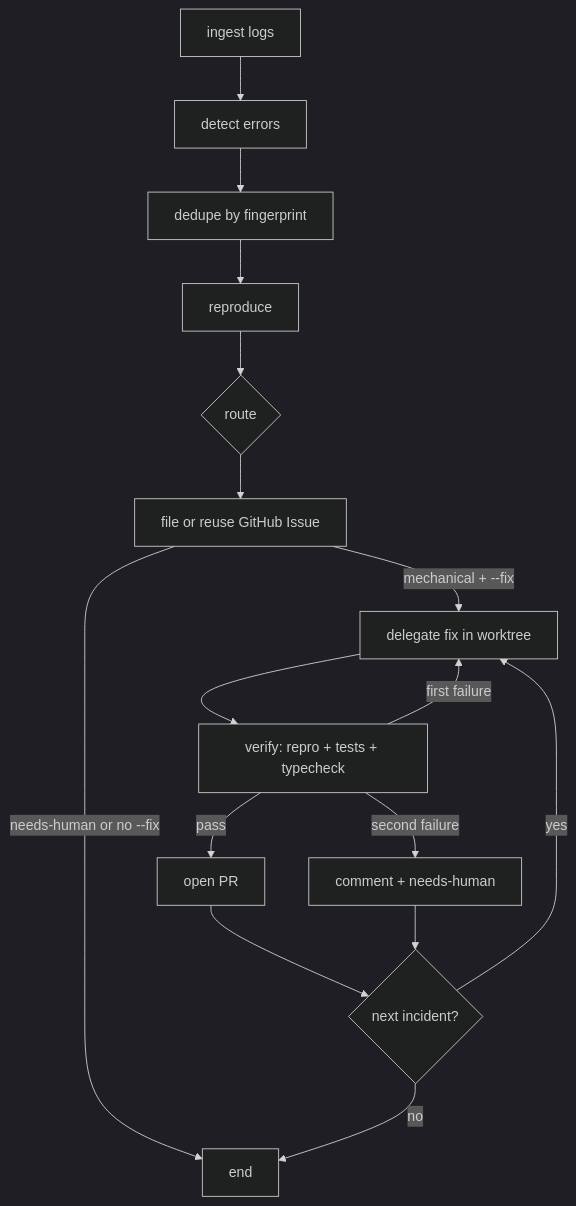
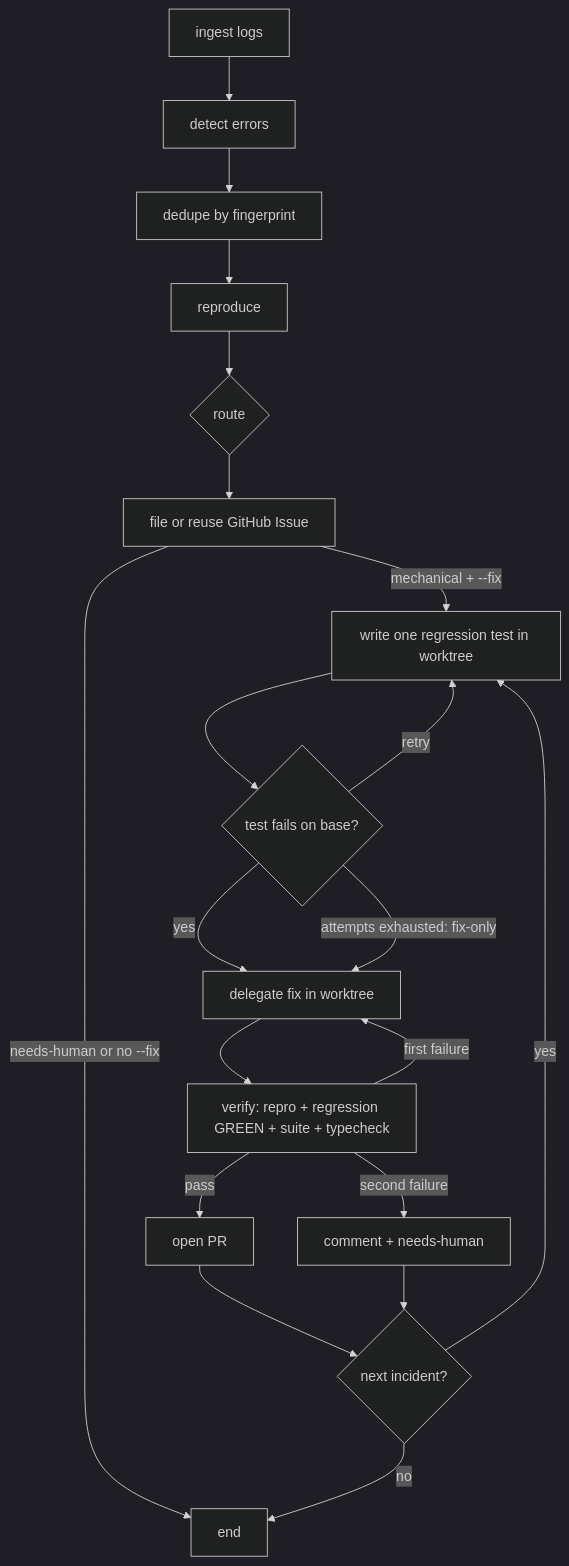
One commit to MichaelHabermas/bug-loop changed the diagram in README.md. Above: the diagram before and after it, drawn with Mermaid (dark theme). The commit also changed other lines of this file and 31 other files, not shown here.

Commit message:
Phase F: auto-regression tests — four authorities (mechanical eligibility, triage assertion spec, scoped TestWriter, red→green enforcement), TDD ordering, policy knob

````diff
--- a/README.md
+++ b/README.md
@@ -27,18 +27,22 @@
 ```mermaid
 flowchart TD
   ingest[ingest logs] --> detect[detect errors]
   detect --> dedupe[dedupe by fingerprint]
   dedupe --> reproduce[reproduce]
   reproduce --> route{route}
   route --> ticket[file or reuse GitHub Issue]
-  ticket -->|mechanical + --fix| fix[delegate fix in worktree]
+  ticket -->|mechanical + --fix| testgen[write one regression test in worktree]
   ticket -->|needs-human or no --fix| done[end]
-  fix --> verify[verify: repro + tests + typecheck]
+  testgen --> red{test fails on base?}
+  red -->|yes| fix[delegate fix in worktree]
+  red -->|retry| testgen
+  red -->|attempts exhausted: fix-only| fix
+  fix --> verify[verify: repro + regression GREEN + suite + typecheck]
   verify -->|pass| pr[open PR]
   verify -->|first failure| fix
   verify -->|second failure| human[comment + needs-human]
   pr --> next{next incident?}
   human --> next
-  next -->|yes| fix
+  next -->|yes| testgen
   next -->|no| done
 ```
````
